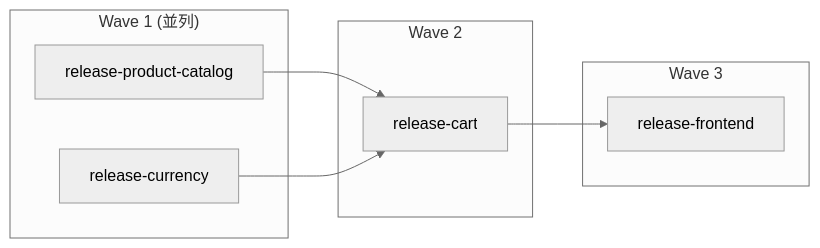
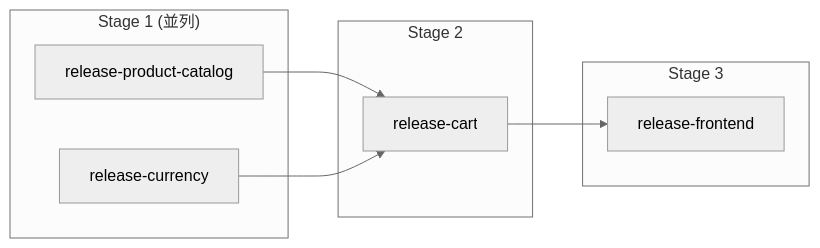
The first of 2 diagrams in docs/pipeline.md (tarosaiba/argo-rollouts-sample), drawn with Mermaid (neutral theme) before and after one commit. The commit also changed other lines of this file and 7 other files, not shown here.

First line of the commit message:
refactor: rename Wave to Stage across codebase to avoid confusion with ArgoCD Sync Waves

````diff
--- a/docs/pipeline.md
+++ b/docs/pipeline.md
@@ -25,17 +25,17 @@
 ```mermaid
 graph LR
-    subgraph "Wave 1 (並列)"
+    subgraph "Stage 1 (並列)"
         PC[release-product-catalog]
         CU[release-currency]
     end
-    subgraph "Wave 2"
+    subgraph "Stage 2"
         CA[release-cart]
     end
-    subgraph "Wave 3"
+    subgraph "Stage 3"
         FE[release-frontend]
     end
 
     PC --> CA
     CU --> CA
     CA --> FE
 ```
````
